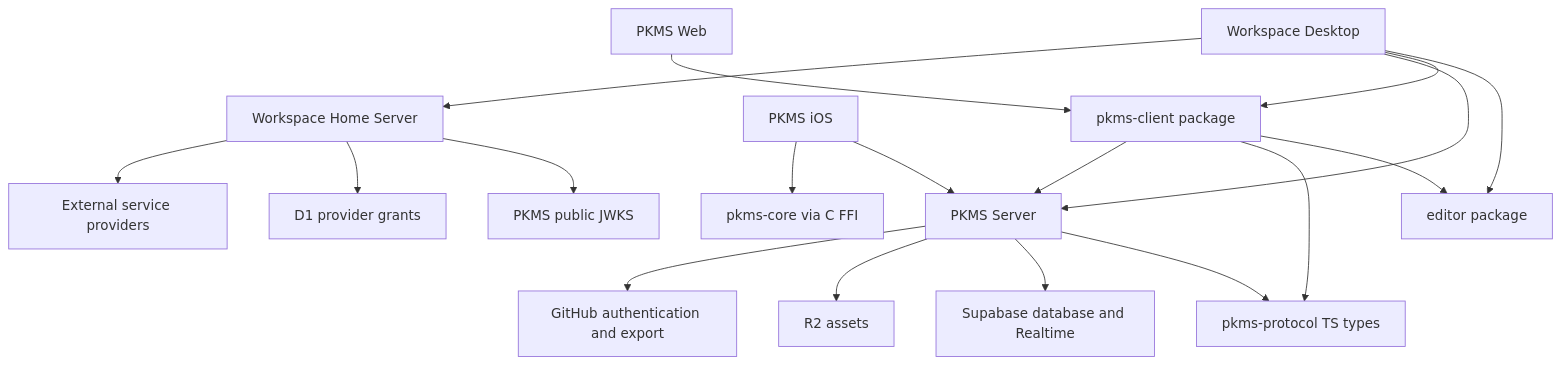
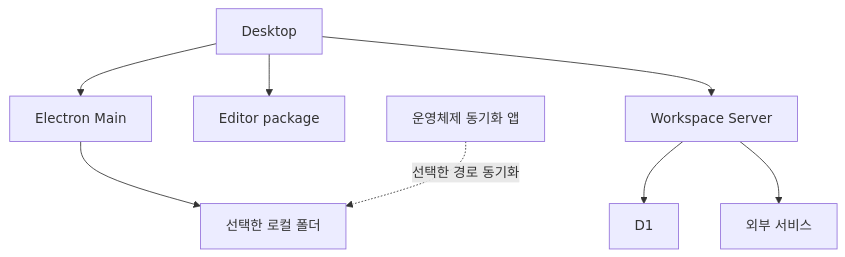
Before and after one commit to lkh0310kr/workspace: the diagram in docs/architecture/01-overview.md, drawn with Mermaid. The commit also changed other lines of this file and 1092 other files, not shown here.

Commit message:
refactor: archive PKMS products and focus workspace apps

````diff
--- a/docs/architecture/01-overview.md
+++ b/docs/architecture/01-overview.md
@@ -17,20 +15,10 @@
 ```mermaid
 flowchart TB
-  D[Workspace Desktop] --> E[editor package]
-  D --> C[pkms-client package]
-  W[PKMS Web] --> C
-  C --> E
-  C --> T[pkms-protocol TS types]
-  C --> S[PKMS Server]
-  D --> S
-  I[PKMS iOS] --> S
-  I --> R[pkms-core via C FFI]
-  S --> T
-  S --> DB[Supabase database and Realtime]
-  S --> O[R2 assets]
-  S --> G[GitHub authentication and export]
-  D --> H[Workspace Home Server]
-  H --> J[PKMS public JWKS]
-  H --> HD[D1 provider grants]
-  H --> P[External service providers]
+  D[Desktop] --> M[Electron Main]
+  M --> FS[선택한 로컬 폴더]
+  D --> E[Editor package]
+  D --> S[Workspace Server]
+  S --> DB[D1]
+  S --> P[외부 서비스]
+  G[운영체제 동기화 앱] -. 선택한 경로 동기화 .-> FS
 ```
````
